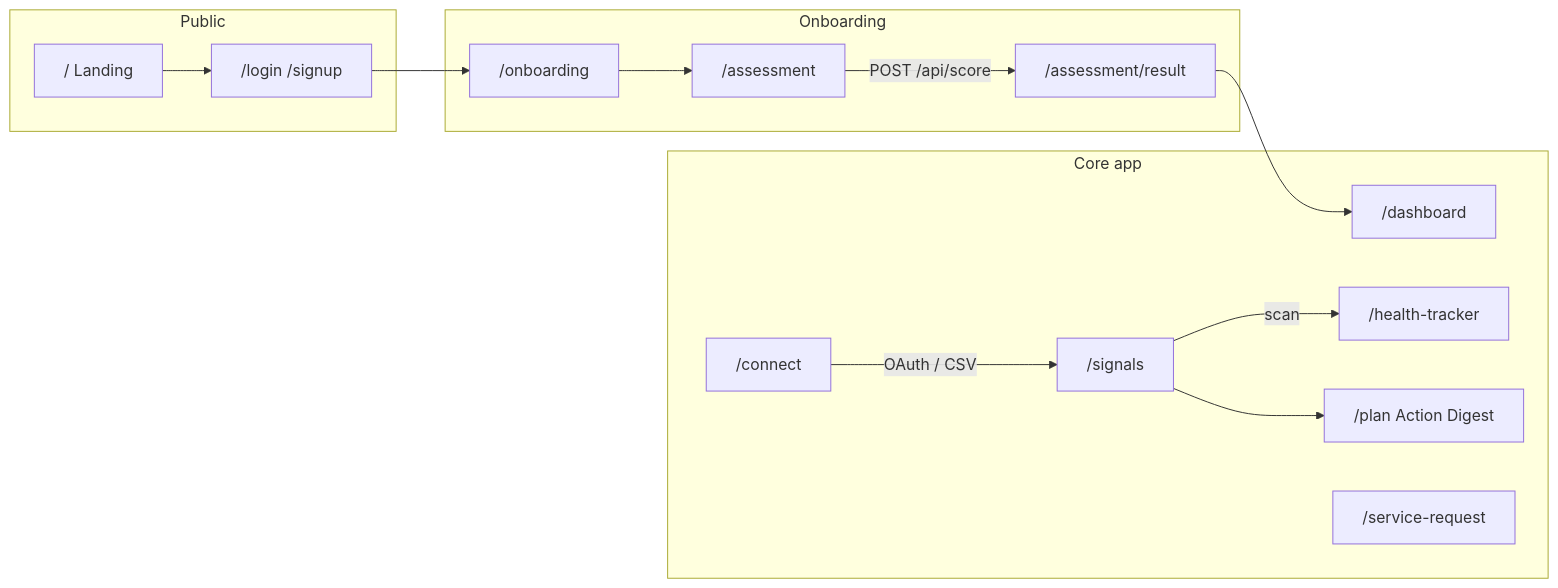
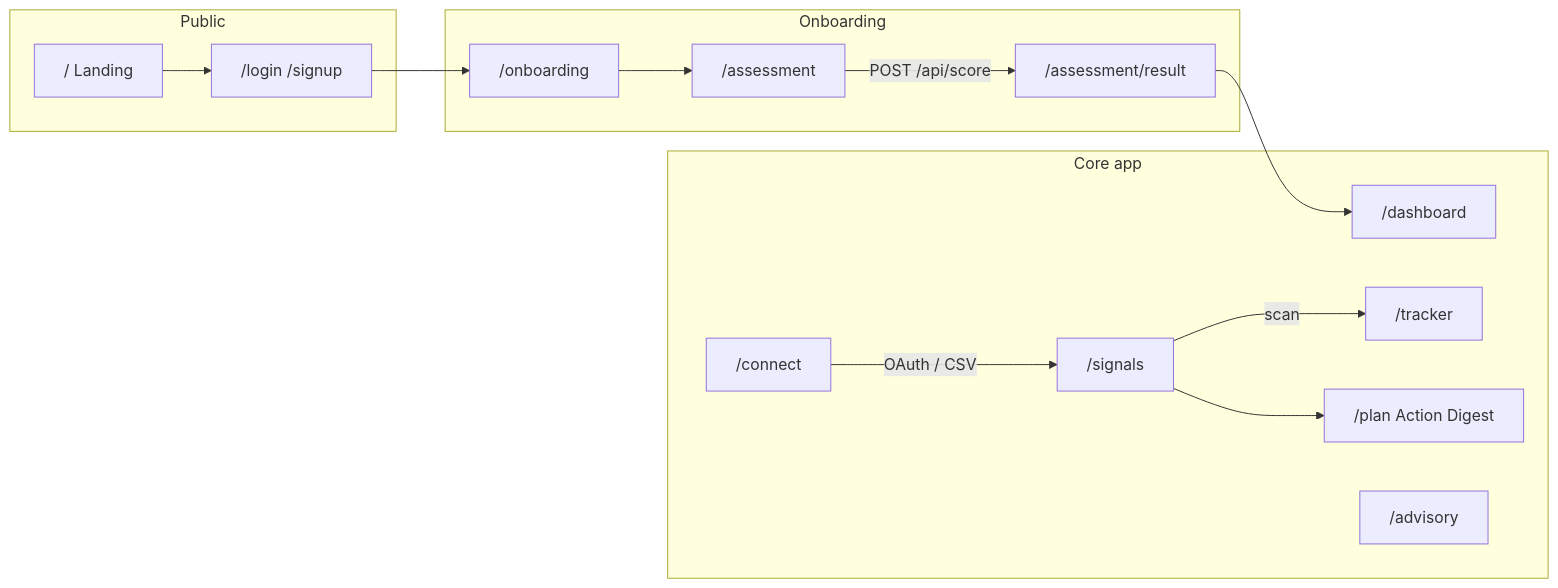
One commit to sallyabas/elvanis changed the first of 2 diagrams in ELVANIS_CONTEXT.md. Above: the diagram before and after it, drawn with Mermaid. The commit also changed other lines of this file and 12 other files, not shown here.

````diff
--- a/ELVANIS_CONTEXT.md
+++ b/ELVANIS_CONTEXT.md
@@ -52,27 +52,27 @@
 ```mermaid
 flowchart LR
   subgraph public [Public]
     LP["/ Landing"]
     Auth["/login /signup"]
   end
   subgraph onboard [Onboarding]
     OB["/onboarding"]
     AS["/assessment"]
     AR["/assessment/result"]
   end
   subgraph core [Core app]
     DB["/dashboard"]
     SIG["/signals"]
-    HT["/health-tracker"]
+    HT["/tracker"]
     PL["/plan Action Digest"]
     CON["/connect"]
-    SR["/service-request"]
+    SR["/advisory"]
   end
   LP --> Auth --> OB
   OB --> AS
   AS -->|POST /api/score| AR
   AR --> DB
   CON -->|OAuth / CSV| SIG
   SIG -->|scan| HT
   SIG --> PL
 ```
````
